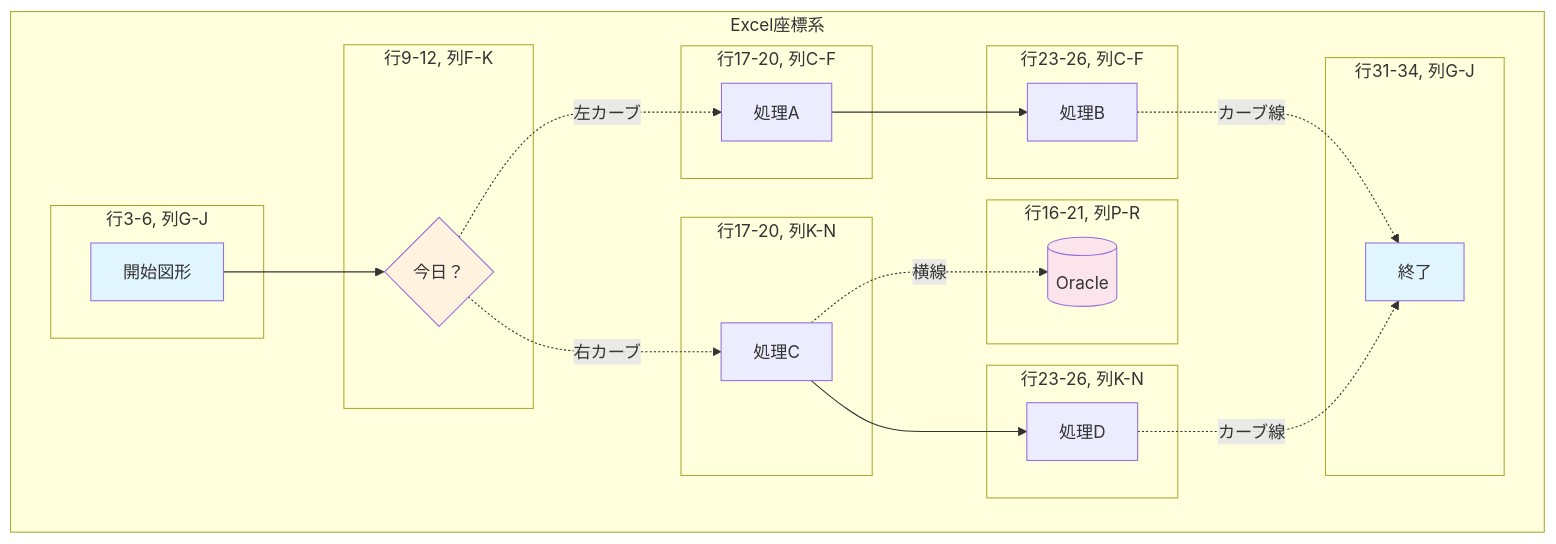
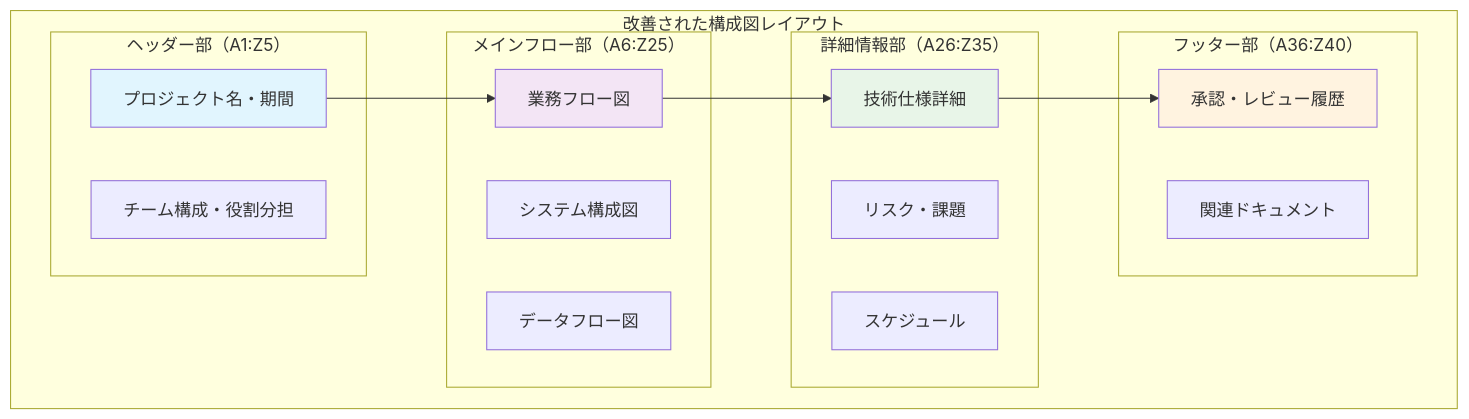
The tenth of 10 diagrams in docs/構成図_詳細フローチャート.md (MasatakaNakamura/xlsx-data-analyzer), drawn with Mermaid before and after one commit. The commit also changed other lines of this file and 32 other files, not shown here.

````diff
--- a/docs/構成図_詳細フローチャート.md
+++ b/docs/構成図_詳細フローチャート.md
@@ -258,51 +357,35 @@
 ```mermaid
 graph TB
-    subgraph "Excel座標系"
-        subgraph "行3-6, 列G-J"
-            START_POS[開始図形]
+    subgraph "改善された構成図レイアウト"
+        subgraph "ヘッダー部（A1:Z5）"
+            H1[プロジェクト名・期間]
+            H2[チーム構成・役割分担]
         end
 
-        subgraph "行9-12, 列F-K"
-            DECISION_POS{今日？}
+        subgraph "メインフロー部（A6:Z25）"
+            M1[業務フロー図]
+            M2[システム構成図]
+            M3[データフロー図]
         end
 
-        subgraph "行17-20, 列C-F"
-            PROC_A_POS[処理A]
+        subgraph "詳細情報部（A26:Z35）"
+            D1[技術仕様詳細]
+            D2[リスク・課題]
+            D3[スケジュール]
         end
 
-        subgraph "行23-26, 列C-F"
-            PROC_B_POS[処理B]
-        end
-
-        subgraph "行17-20, 列K-N"
-            PROC_C_POS[処理C]
-        end
-
-        subgraph "行23-26, 列K-N"
-            PROC_D_POS[処理D]
-        end
-
-        subgraph "行16-21, 列P-R"
-            ORACLE_POS[(Oracle)]
-        end
-
-        subgraph "行31-34, 列G-J"
-            END_POS[終了]
+        subgraph "フッター部（A36:Z40）"
+            F1[承認・レビュー履歴]
+            F2[関連ドキュメント]
         end
     end
 
-    %% 接続線
-    START_POS --> DECISION_POS
-    DECISION_POS -.->|左カーブ| PROC_A_POS
-    DECISION_POS -.->|右カーブ| PROC_C_POS
-    PROC_A_POS --> PROC_B_POS
-    PROC_C_POS --> PROC_D_POS
-    PROC_C_POS -.->|横線| ORACLE_POS
-    PROC_B_POS -.->|カーブ線| END_POS
-    PROC_D_POS -.->|カーブ線| END_POS
+    H1 --> M1
+    M1 --> D1
+    D1 --> F1
 
-    style START_POS fill:#e1f5fe
-    style END_POS fill:#e1f5fe
-    style DECISION_POS fill:#fff3e0
-    style ORACLE_POS fill:#fce4ec
+    style H1 fill:#e1f5fe
+    style M1 fill:#f3e5f5
+    style D1 fill:#e8f5e8
+    style F1 fill:#fff3e0
 ```
````
